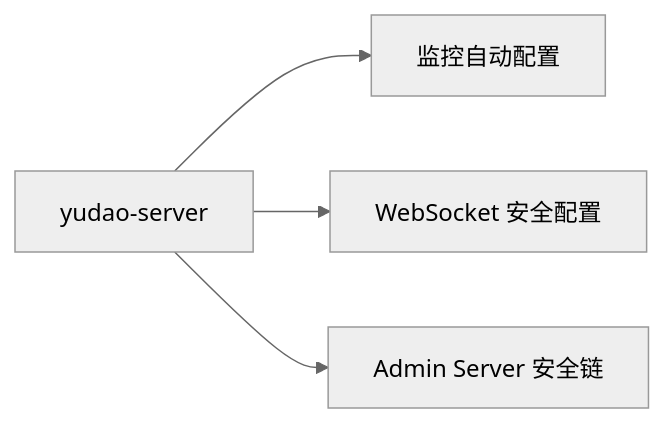
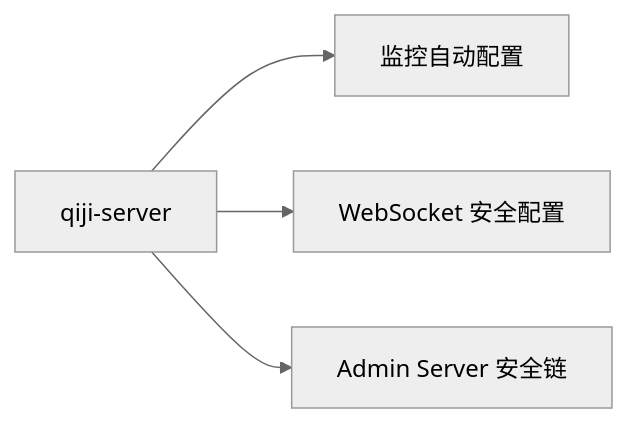
The seventh of 7 diagrams in backend/.qoder/repowiki/zh/content/部署与运维/生产环境部署.md (zhuangpengLI/AgenticCPS), drawn with Mermaid (neutral theme) before and after one commit. The commit also changed other lines of this file and 3489 other files, not shown here.

````diff
--- a/backend/.qoder/repowiki/zh/content/部署与运维/生产环境部署.md
+++ b/backend/.qoder/repowiki/zh/content/部署与运维/生产环境部署.md
@@ -276,6 +276,6 @@
 ```mermaid
 graph LR
-App["yudao-server"] --> Mon["监控自动配置"]
+App["qiji-server"] --> Mon["监控自动配置"]
 App --> WS["WebSocket 安全配置"]
 App --> Admin["Admin Server 安全链"]
 ```
````
